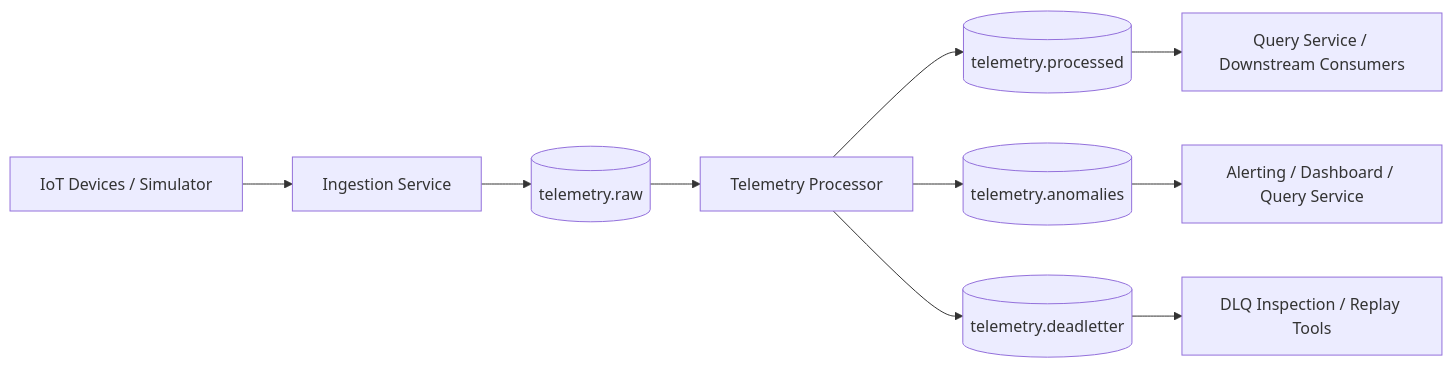
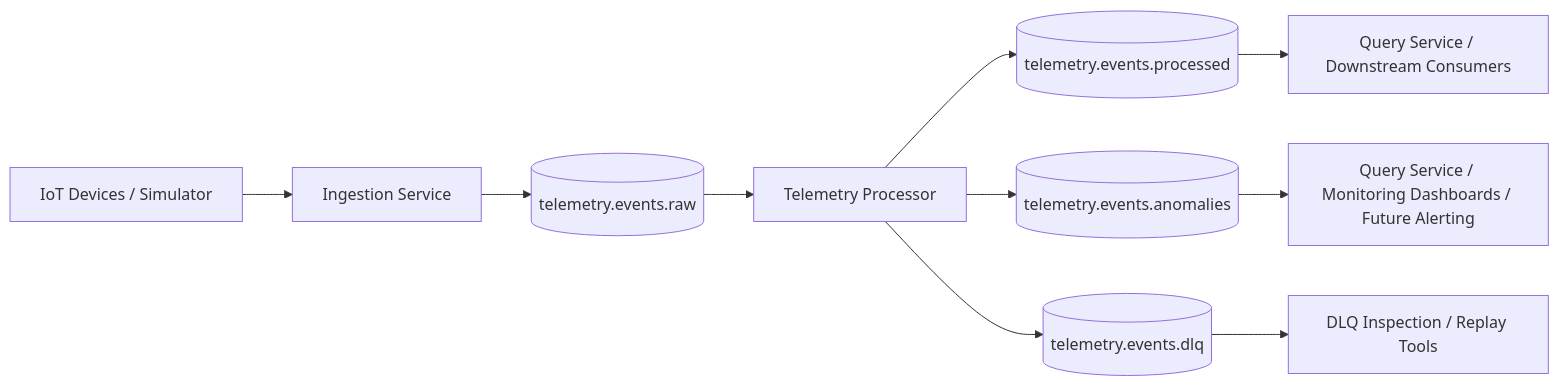
The diagram in docs/diagrams/kafka-topology.md (ME-Massine/pulsestream), drawn with Mermaid before and after one commit. The commit also changed other lines of this file and 4 other files, not shown here.

Commit message:
docs: align diagrams with Kafka topic naming and fix diagram references (#57)

````diff
--- a/docs/diagrams/kafka-topology.md
+++ b/docs/diagrams/kafka-topology.md
@@ -5,15 +5,15 @@
 ```mermaid
 flowchart LR
     A[IoT Devices / Simulator] --> B[Ingestion Service]
-    B --> T1[(telemetry.raw)]
+    B --> T1[(telemetry.events.raw)]
 
     T1 --> C[Telemetry Processor]
 
-    C --> T2[(telemetry.processed)]
-    C --> T3[(telemetry.anomalies)]
-    C --> T4[(telemetry.deadletter)]
+    C --> T2[(telemetry.events.processed)]
+    C --> T3[(telemetry.events.anomalies)]
+    C --> T4[(telemetry.events.dlq)]
 
     T2 --> D[Query Service / Downstream Consumers]
-    T3 --> E[Alerting / Dashboard / Query Service]
+    T3 --> E[Query Service / Monitoring Dashboards / Future Alerting]
     T4 --> F[DLQ Inspection / Replay Tools]
 ```
````
